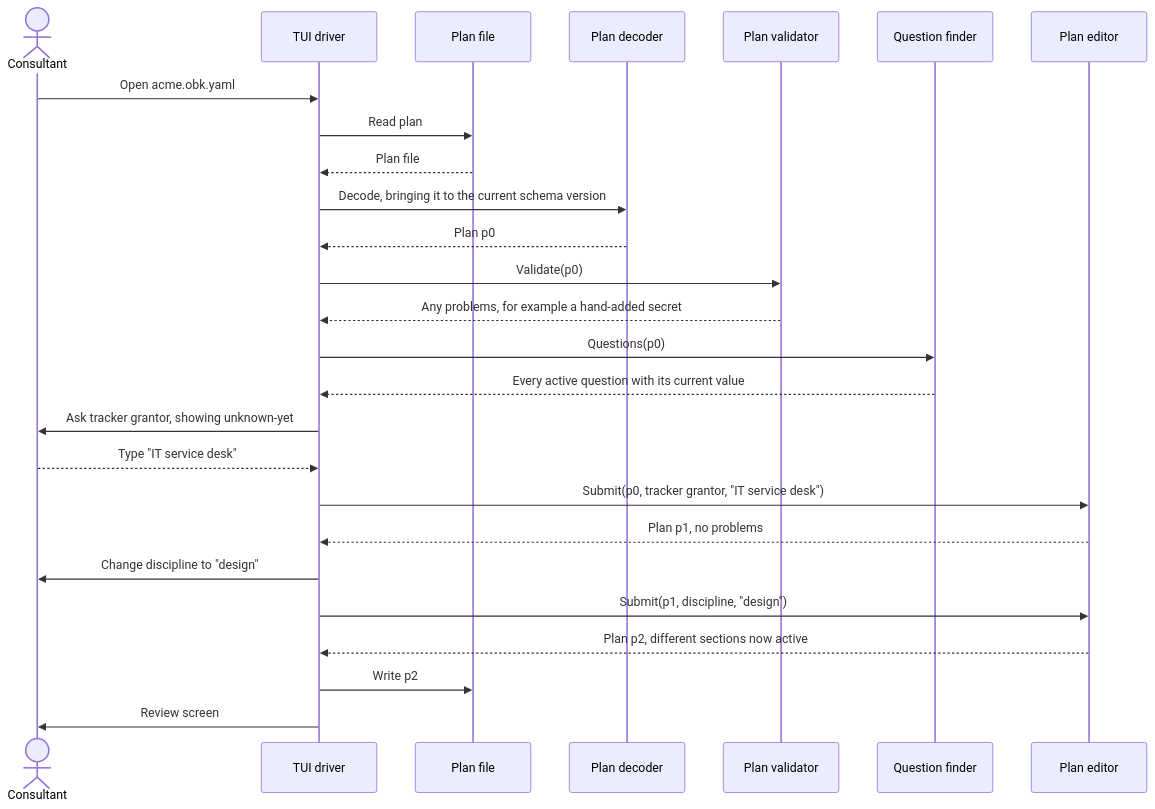
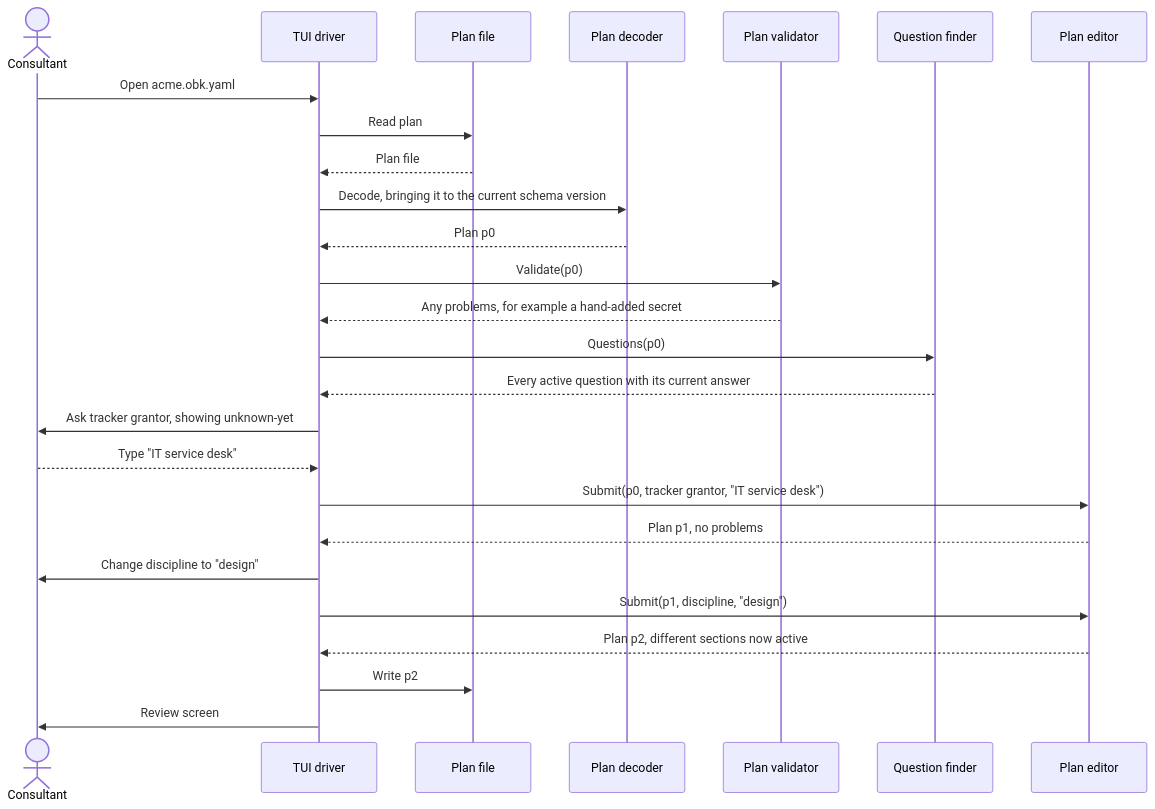
Before and after one commit to 8thlight-daveloper/onboard-kit: the fourth of 4 diagrams in docs/decisions/0010-plan-editor.md, drawn with Mermaid. The commit also changed other lines of this file and 13 other files, not shown here.

````diff
--- a/docs/decisions/0010-plan-editor.md
+++ b/docs/decisions/0010-plan-editor.md
@@ -319,32 +319,32 @@
 ```mermaid
 sequenceDiagram
     actor C as Consultant
     participant T as TUI driver
     participant X as Plan file
     participant M as Plan decoder
     participant V as Plan validator
     participant F as Question finder
     participant E as Plan editor
 
     C->>T: Open acme.obk.yaml
     T->>X: Read plan
     X-->>T: Plan file
     T->>M: Decode, bringing it to the current schema version
     M-->>T: Plan p0
     T->>V: Validate(p0)
     V-->>T: Any problems, for example a hand-added secret
 
     T->>F: Questions(p0)
-    F-->>T: Every active question with its current value
+    F-->>T: Every active question with its current answer
     T->>C: Ask tracker grantor, showing unknown-yet
     C-->>T: Type "IT service desk"
     T->>E: Submit(p0, tracker grantor, "IT service desk")
     E-->>T: Plan p1, no problems
 
     T->>C: Change discipline to "design"
     T->>E: Submit(p1, discipline, "design")
     E-->>T: Plan p2, different sections now active
 
     T->>X: Write p2
     T->>C: Review screen
 ```
````
